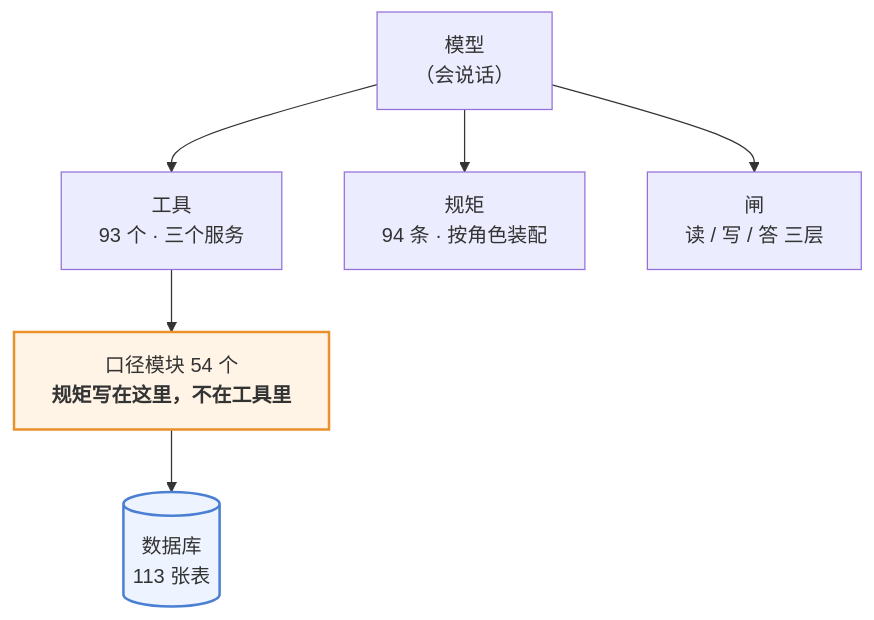
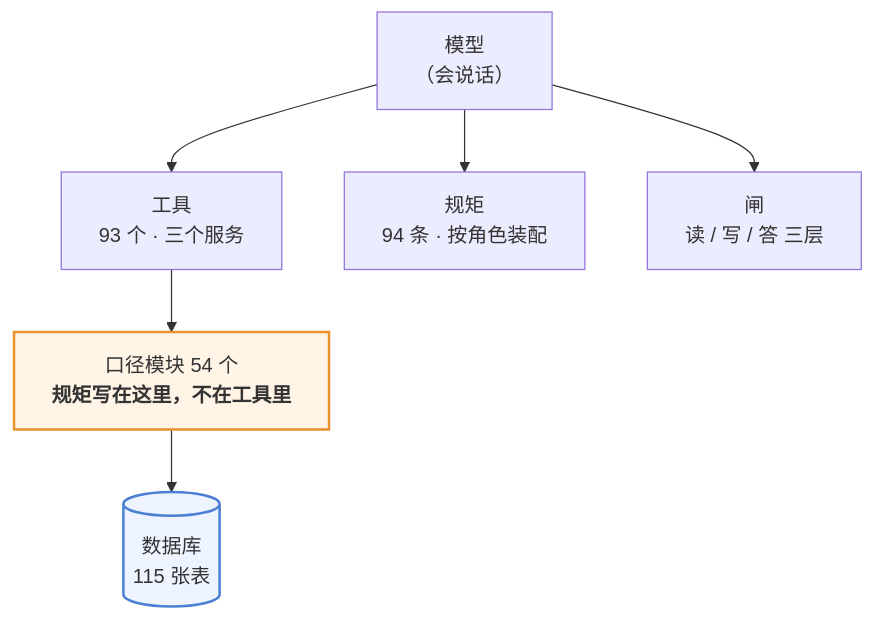
The first of 3 diagrams in 澜绣云裳agent-产品说明.md (843773296-rgb/lanxiu-yunshang-agent), drawn with Mermaid before and after one commit. The commit also changed other lines of this file and 20 other files, not shown here.

````diff
--- a/澜绣云裳agent-产品说明.md
+++ b/澜绣云裳agent-产品说明.md
@@ -62,12 +62,12 @@
 ```mermaid
 flowchart TD
     M["模型<br/>（会说话）"]
     M --> T["工具<br/>93 个 · 三个服务"]
     M --> R["规矩<br/>94 条 · 按角色装配"]
     M --> G["闸<br/>读 / 写 / 答 三层"]
     T --> K["口径模块 54 个<br/><b>规矩写在这里，不在工具里</b>"]
-    K --> DB[("数据库<br/>113 张表")]
+    K --> DB[("数据库<br/>115 张表")]
 
     style K fill:#fff4e6,stroke:#e8912d,stroke-width:2px
     style DB fill:#eef4ff,stroke:#4a7fd4,stroke-width:2px
 ```
````
